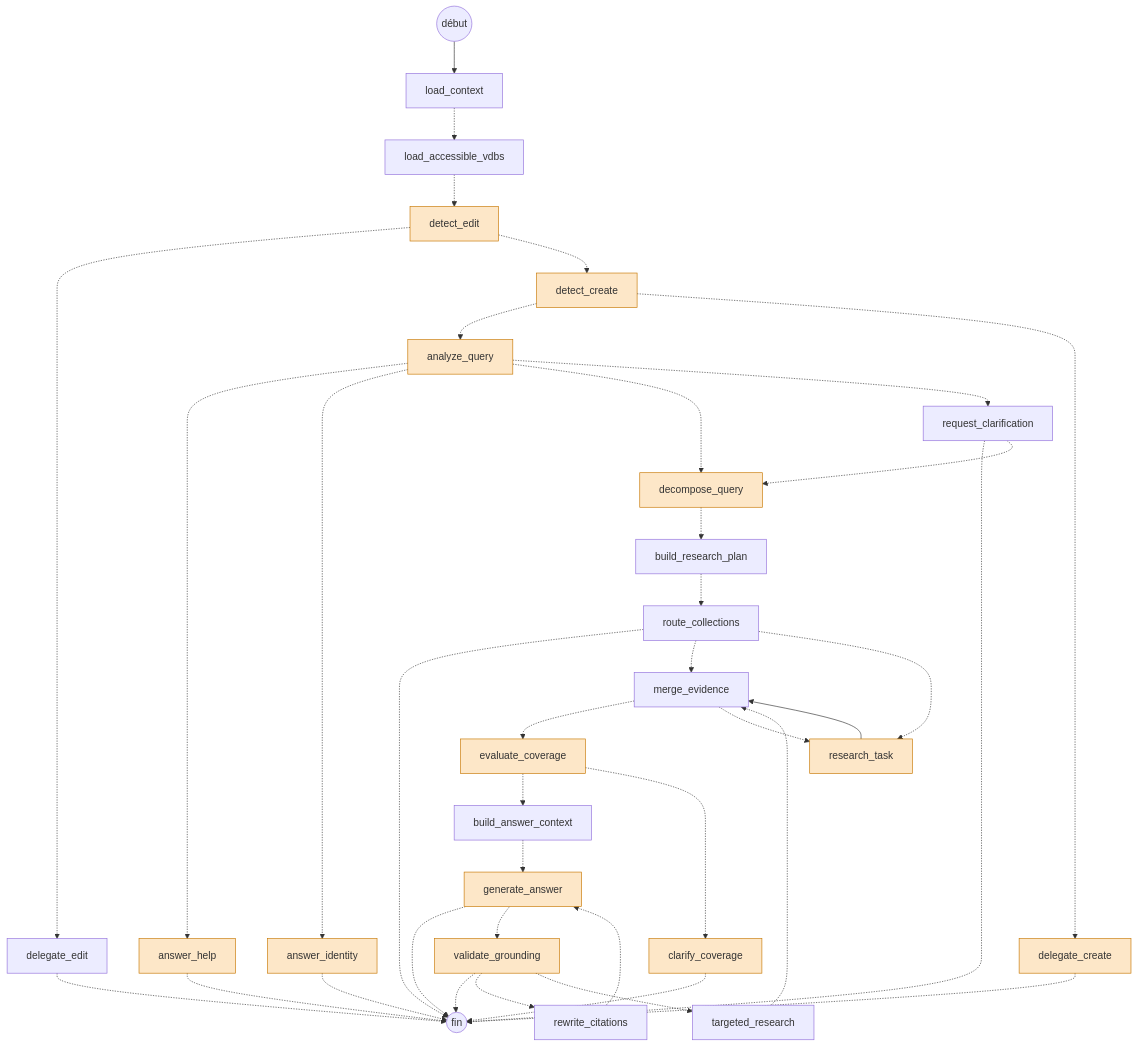
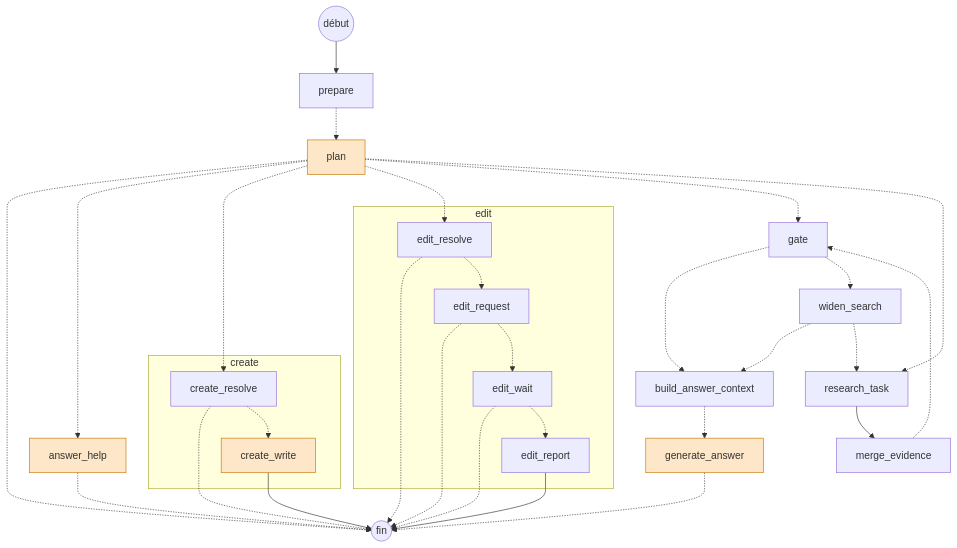
One commit to IA-Generative/Muffin changed the diagram in docs/agent-execution-graph.md. Above: the diagram before and after it, drawn with Mermaid. The commit also changed other lines of this file and 5 other files, not shown here.

Commit message:
docs(agent): le graphe en place, ses appels par chemin et les écarts avec la proposition

````diff
--- a/docs/agent-execution-graph.md
+++ b/docs/agent-execution-graph.md
@@ -11,65 +14,53 @@
 ```mermaid
 flowchart TD
-    load_context[load_context]
-    load_accessible_vdbs[load_accessible_vdbs]
-    detect_edit[detect_edit]
-    detect_create[detect_create]
-    delegate_create[delegate_create]
-    delegate_edit[delegate_edit]
-    analyze_query[analyze_query]
-    answer_identity[answer_identity]
+    prepare[prepare]
+    plan[plan]
     answer_help[answer_help]
-    request_clarification[request_clarification]
-    decompose_query[decompose_query]
-    build_research_plan[build_research_plan]
-    route_collections[route_collections]
     research_task[research_task]
     merge_evidence[merge_evidence]
-    evaluate_coverage[evaluate_coverage]
-    clarify_coverage[clarify_coverage]
+    gate[gate]
+    widen_search[widen_search]
     build_answer_context[build_answer_context]
     generate_answer[generate_answer]
-    validate_grounding[validate_grounding]
-    targeted_research[targeted_research]
-    rewrite_citations[rewrite_citations]
+    subgraph edit_sub [edit]
+        edit__edit_resolve[edit_resolve]
+        edit__edit_request[edit_request]
+        edit__edit_wait[edit_wait]
+        edit__edit_report[edit_report]
+    end
+    subgraph create_sub [create]
+        create__create_resolve[create_resolve]
+        create__create_write[create_write]
+    end
     __start__(( début ))
     __end__(( fin ))
-    __start__ --> load_context
-    analyze_query -.-> answer_help
-    analyze_query -.-> answer_identity
-    analyze_query -.-> decompose_query
-    analyze_query -.-> request_clarification
+    __start__ --> prepare
     answer_help -.-> __end__
-    answer_identity -.-> __end__
     build_answer_context -.-> generate_answer
-    build_research_plan -.-> route_collections
-    clarify_coverage -.-> __end__
-    decompose_query -.-> build_research_plan
-    delegate_create -.-> __end__
-    delegate_edit -.-> __end__
-    detect_create -.-> analyze_query
-    detect_create -.-> delegate_create
-    detect_edit -.-> delegate_edit
-    detect_edit -.-> detect_create
-    evaluate_coverage -.-> build_answer_context
-    evaluate_coverage -.-> clarify_coverage
+    gate -.-> build_answer_context
+    gate -.-> widen_search
     generate_answer -.-> __end__
-    generate_answer -.-> validate_grounding
-    load_accessible_vdbs -.-> detect_edit
-    load_context -.-> load_accessible_vdbs
-    merge_evidence -.-> evaluate_coverage
-    merge_evidence -.-> research_task
-    request_clarification -.-> __end__
-    request_clarification -.-> decompose_query
+    merge_evidence -.-> gate
+    plan -.-> __end__
+    plan -.-> answer_help
+    plan -.-> create__create_resolve
+    plan -.-> edit__edit_resolve
+    plan -.-> gate
+    plan -.-> research_task
+    prepare -.-> plan
     research_task --> merge_evidence
-    rewrite_citations -.-> generate_answer
-    route_collections -.-> __end__
-    route_collections -.-> merge_evidence
-    route_collections -.-> research_task
-    targeted_research -.-> merge_evidence
-    validate_grounding -.-> __end__
-    validate_grounding -.-> rewrite_citations
-    validate_grounding -.-> targeted_research
+    widen_search -.-> build_answer_context
+    widen_search -.-> research_task
+    edit__edit_request -.-> __end__
+    edit__edit_request -.-> edit__edit_wait
+    edit__edit_resolve -.-> __end__
+    edit__edit_resolve -.-> edit__edit_request
+    edit__edit_wait -.-> __end__
+    edit__edit_wait -.-> edit__edit_report
+    edit__edit_report --> __end__
+    create__create_resolve -.-> __end__
+    create__create_resolve -.-> create__create_write
+    create__create_write --> __end__
     classDef llm fill:#fde7c8,stroke:#c77700
-    class analyze_query,answer_help,answer_identity,clarify_coverage,decompose_query,delegate_create,detect_create,detect_edit,evaluate_coverage,generate_answer,research_task,validate_grounding llm
+    class answer_help,create__create_write,generate_answer,plan llm
 ```
````
